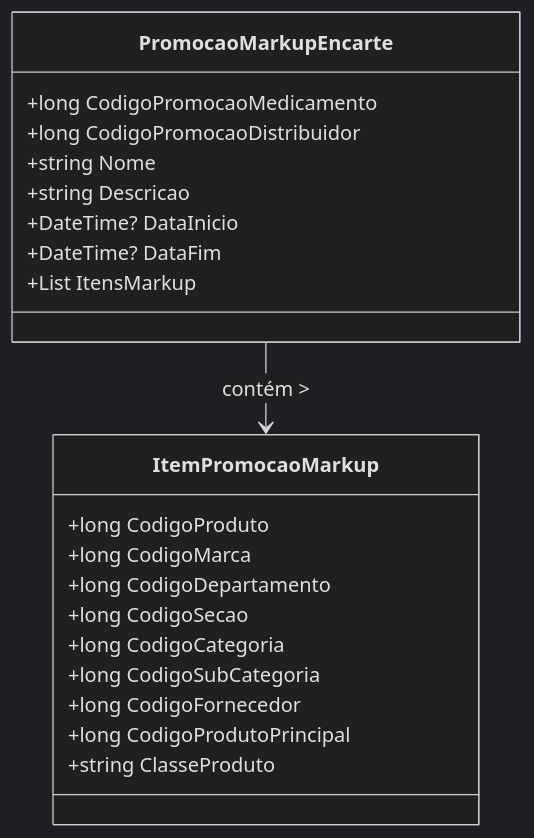
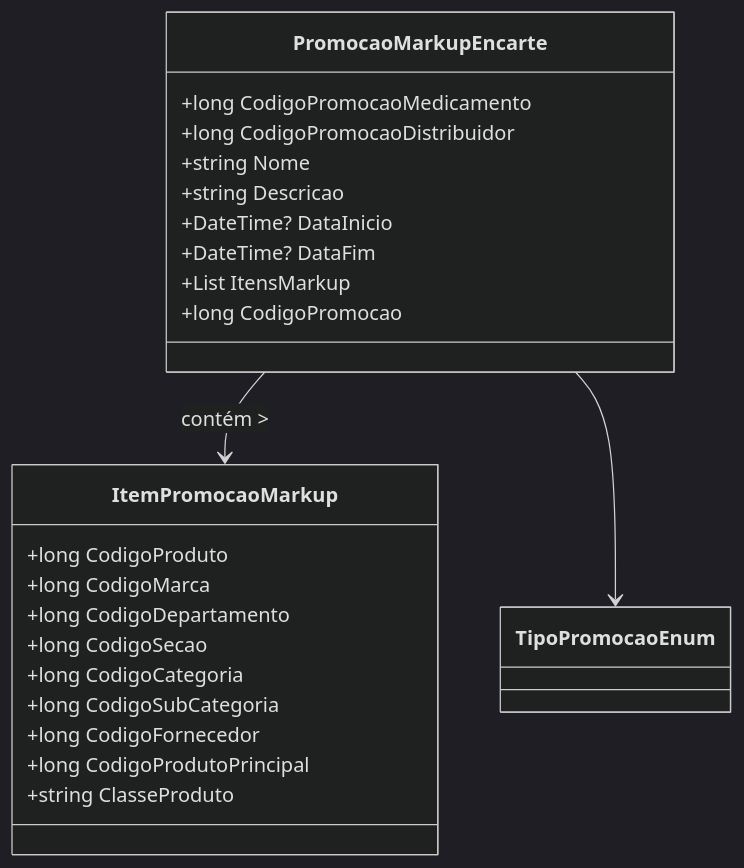
Before and after one commit to IsthmusSistemas/documentacao-tecnica: the second of 2 diagrams in docs/b2b-dominio/IsthmusWinthor.Nucleo/IsthmusWinthor.Dominio/POCO/Precos/PromocaoMarkupEncarte.md, drawn with Mermaid (dark theme). The commit also changed other lines of this file and 882 other files, not shown here.

````diff
--- a/docs/b2b-dominio/IsthmusWinthor.Nucleo/IsthmusWinthor.Dominio/POCO/Precos/PromocaoMarkupEncarte.md
+++ b/docs/b2b-dominio/IsthmusWinthor.Nucleo/IsthmusWinthor.Dominio/POCO/Precos/PromocaoMarkupEncarte.md
@@ -35,26 +36,27 @@
 ```mermaid
 classDiagram
     class PromocaoMarkupEncarte {
         +long CodigoPromocaoMedicamento
         +long CodigoPromocaoDistribuidor
         +string Nome
         +string Descricao
         +DateTime? DataInicio
         +DateTime? DataFim
         +List<ItemPromocaoMarkup> ItensMarkup
+        +long CodigoPromocao
     }
-
     class ItemPromocaoMarkup {
         +long CodigoProduto
         +long CodigoMarca
         +long CodigoDepartamento
         +long CodigoSecao
         +long CodigoCategoria
         +long CodigoSubCategoria
         +long CodigoFornecedor
         +long CodigoProdutoPrincipal
         +string ClasseProduto
     }
 
     PromocaoMarkupEncarte --> ItemPromocaoMarkup : contém >
+    PromocaoMarkupEncarte --> TipoPromocaoEnum 
 ``` 
````
